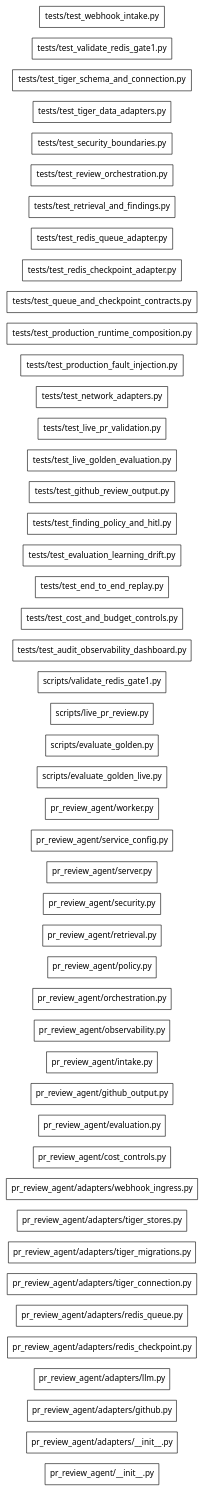
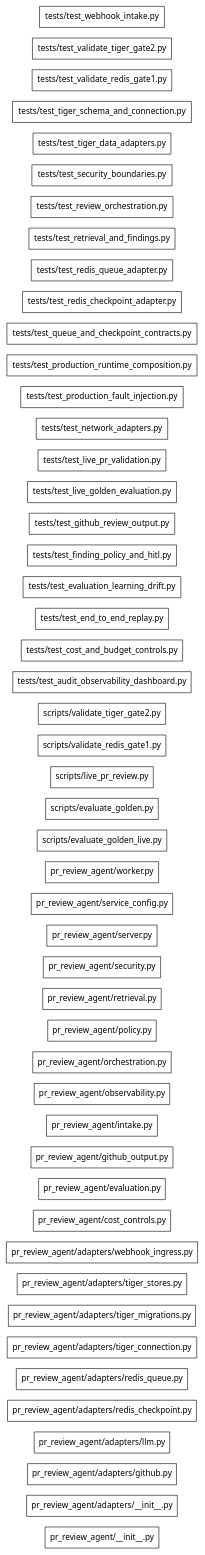
Before and after one commit to Ayush-Kant/PR-Review-Agent: the diagram in .genesis/index/graph.dot, drawn with Graphviz. The commit also changed 11 other files, not shown here.

First line of the commit message:
feat(w1-08b): formalize capability-based evidence and gate-2 tiger harness

```diff
--- a/.genesis/index/graph.dot
+++ b/.genesis/index/graph.dot
@@ -1,52 +1,54 @@
 digraph genesis {
   rankdir=LR;
   node [shape=box,fontname="system-ui"];
   "file:pr_review_agent/__init__.py" [label="pr_review_agent/__init__.py",class="file"];
   "file:pr_review_agent/adapters/__init__.py" [label="pr_review_agent/adapters/__init__.py",class="file"];
   "file:pr_review_agent/adapters/github.py" [label="pr_review_agent/adapters/github.py",class="file"];
   "file:pr_review_agent/adapters/llm.py" [label="pr_review_agent/adapters/llm.py",class="file"];
   "file:pr_review_agent/adapters/redis_checkpoint.py" [label="pr_review_agent/adapters/redis_checkpoint.py",class="file"];
   "file:pr_review_agent/adapters/redis_queue.py" [label="pr_review_agent/adapters/redis_queue.py",class="file"];
   "file:pr_review_agent/adapters/tiger_connection.py" [label="pr_review_agent/adapters/tiger_connection.py",class="file"];
   "file:pr_review_agent/adapters/tiger_migrations.py" [label="pr_review_agent/adapters/tiger_migrations.py",class="file"];
   "file:pr_review_agent/adapters/tiger_stores.py" [label="pr_review_agent/adapters/tiger_stores.py",class="file"];
   "file:pr_review_agent/adapters/webhook_ingress.py" [label="pr_review_agent/adapters/webhook_ingress.py",class="file"];
   "file:pr_review_agent/cost_controls.py" [label="pr_review_agent/cost_controls.py",class="file"];
   "file:pr_review_agent/evaluation.py" [label="pr_review_agent/evaluation.py",class="file"];
   "file:pr_review_agent/github_output.py" [label="pr_review_agent/github_output.py",class="file"];
   "file:pr_review_agent/intake.py" [label="pr_review_agent/intake.py",class="file"];
   "file:pr_review_agent/observability.py" [label="pr_review_agent/observability.py",class="file"];
   "file:pr_review_agent/orchestration.py" [label="pr_review_agent/orchestration.py",class="file"];
   "file:pr_review_agent/policy.py" [label="pr_review_agent/policy.py",class="file"];
   "file:pr_review_agent/retrieval.py" [label="pr_review_agent/retrieval.py",class="file"];
   "file:pr_review_agent/security.py" [label="pr_review_agent/security.py",class="file"];
   "file:pr_review_agent/server.py" [label="pr_review_agent/server.py",class="file"];
   "file:pr_review_agent/service_config.py" [label="pr_review_agent/service_config.py",class="file"];
   "file:pr_review_agent/worker.py" [label="pr_review_agent/worker.py",class="file"];
   "file:scripts/evaluate_golden_live.py" [label="scripts/evaluate_golden_live.py",class="file"];
   "file:scripts/evaluate_golden.py" [label="scripts/evaluate_golden.py",class="file"];
   "file:scripts/live_pr_review.py" [label="scripts/live_pr_review.py",class="file"];
   "file:scripts/validate_redis_gate1.py" [label="scripts/validate_redis_gate1.py",class="file"];
+  "file:scripts/validate_tiger_gate2.py" [label="scripts/validate_tiger_gate2.py",class="file"];
   "file:tests/test_audit_observability_dashboard.py" [label="tests/test_audit_observability_dashboard.py",class="file"];
   "file:tests/test_cost_and_budget_controls.py" [label="tests/test_cost_and_budget_controls.py",class="file"];
   "file:tests/test_end_to_end_replay.py" [label="tests/test_end_to_end_replay.py",class="file"];
   "file:tests/test_evaluation_learning_drift.py" [label="tests/test_evaluation_learning_drift.py",class="file"];
   "file:tests/test_finding_policy_and_hitl.py" [label="tests/test_finding_policy_and_hitl.py",class="file"];
   "file:tests/test_github_review_output.py" [label="tests/test_github_review_output.py",class="file"];
   "file:tests/test_live_golden_evaluation.py" [label="tests/test_live_golden_evaluation.py",class="file"];
   "file:tests/test_live_pr_validation.py" [label="tests/test_live_pr_validation.py",class="file"];
   "file:tests/test_network_adapters.py" [label="tests/test_network_adapters.py",class="file"];
   "file:tests/test_production_fault_injection.py" [label="tests/test_production_fault_injection.py",class="file"];
   "file:tests/test_production_runtime_composition.py" [label="tests/test_production_runtime_composition.py",class="file"];
   "file:tests/test_queue_and_checkpoint_contracts.py" [label="tests/test_queue_and_checkpoint_contracts.py",class="file"];
   "file:tests/test_redis_checkpoint_adapter.py" [label="tests/test_redis_checkpoint_adapter.py",class="file"];
   "file:tests/test_redis_queue_adapter.py" [label="tests/test_redis_queue_adapter.py",class="file"];
   "file:tests/test_retrieval_and_findings.py" [label="tests/test_retrieval_and_findings.py",class="file"];
   "file:tests/test_review_orchestration.py" [label="tests/test_review_orchestration.py",class="file"];
   "file:tests/test_security_boundaries.py" [label="tests/test_security_boundaries.py",class="file"];
   "file:tests/test_tiger_data_adapters.py" [label="tests/test_tiger_data_adapters.py",class="file"];
   "file:tests/test_tiger_schema_and_connection.py" [label="tests/test_tiger_schema_and_connection.py",class="file"];
   "file:tests/test_validate_redis_gate1.py" [label="tests/test_validate_redis_gate1.py",class="file"];
+  "file:tests/test_validate_tiger_gate2.py" [label="tests/test_validate_tiger_gate2.py",class="file"];
   "file:tests/test_webhook_intake.py" [label="tests/test_webhook_intake.py",class="file"];
 
 }
```
